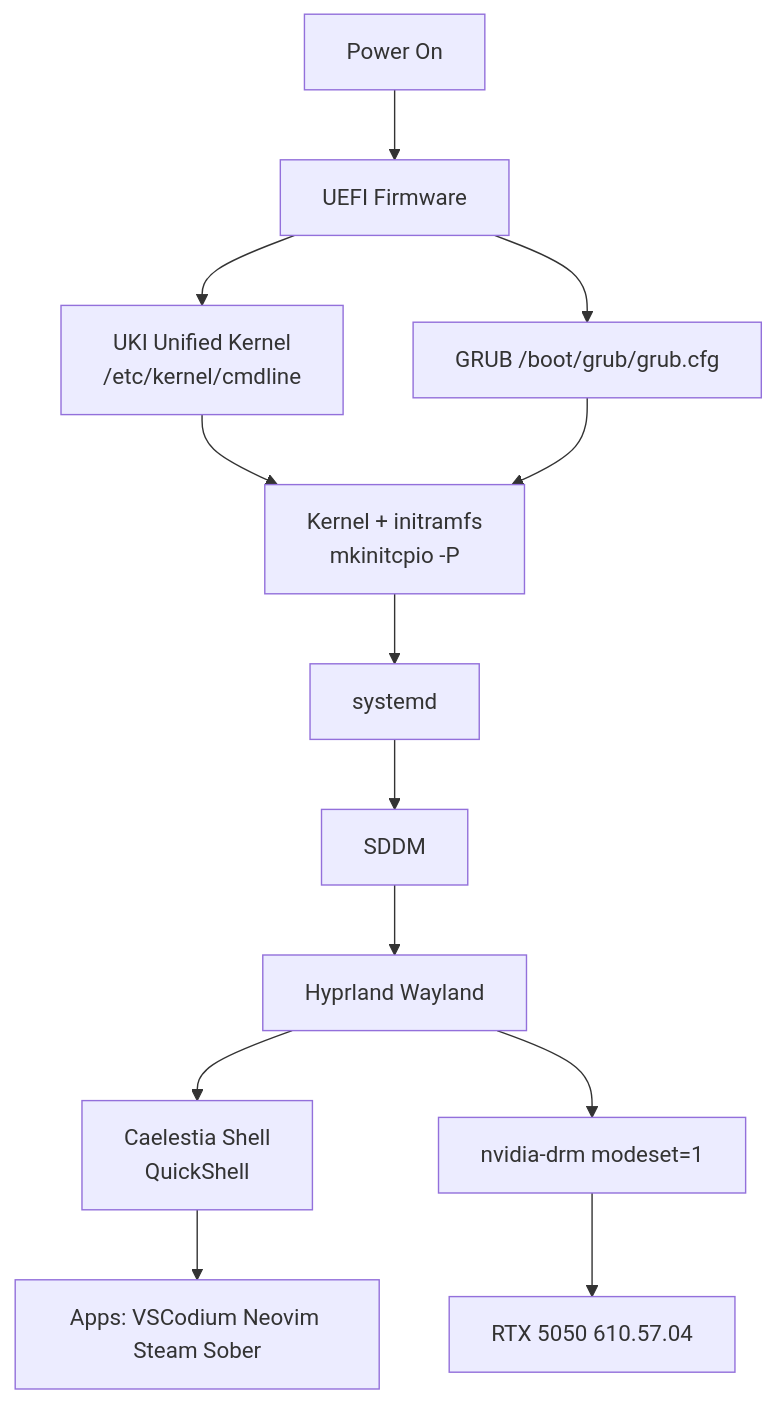
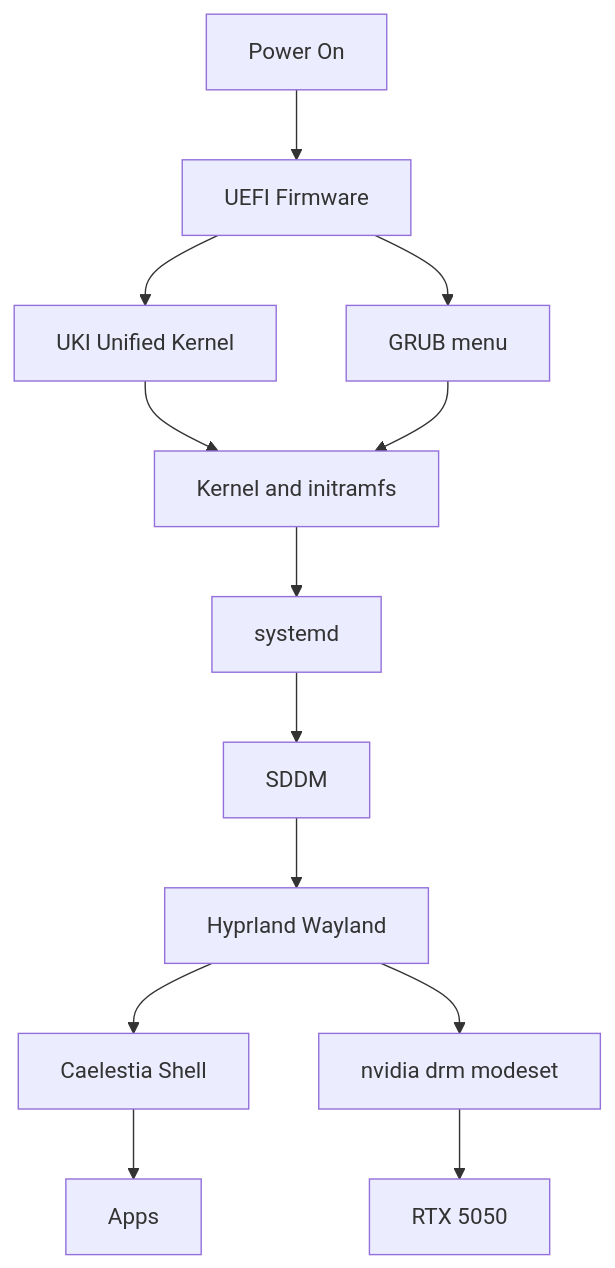
The fourth of 32 diagrams in Graph-Web-Atlas.md (444Nazky/My-Vault), drawn with Mermaid before and after one commit. The commit also changed other lines of this file and 8 other files, not shown here.

````diff
--- a/Graph-Web-Atlas.md
+++ b/Graph-Web-Atlas.md
@@ -38,15 +64,15 @@
 ```mermaid
 flowchart TD
-    P[Power On] --> UEFI[UEFI Firmware]
-    UEFI --> UKI[UKI Unified Kernel<br/>/etc/kernel/cmdline]
-    UEFI --> GRUB[GRUB /boot/grub/grub.cfg]
-    UKI --> K[Kernel + initramfs<br/>mkinitcpio -P]
+    P["Power On"] --> UEFI["UEFI Firmware"]
+    UEFI --> UKI["UKI Unified Kernel"]
+    UEFI --> GRUB["GRUB menu"]
+    UKI --> K["Kernel and initramfs"]
     GRUB --> K
-    K --> SYS[systemd]
-    SYS --> SDDM[SDDM]
-    SDDM --> HYP[Hyprland Wayland]
-    HYP --> CAE[Caelestia Shell<br/>QuickShell]
-    HYP --> DRM[nvidia-drm modeset=1]
-    DRM --> GPU[RTX 5050 610.57.04]
-    CAE --> APP[Apps: VSCodium Neovim Steam Sober]
+    K --> SYSD["systemd"]
+    SYSD --> SDDM["SDDM"]
+    SDDM --> HYP["Hyprland Wayland"]
+    HYP --> CAE["Caelestia Shell"]
+    HYP --> DRM["nvidia drm modeset"]
+    DRM --> GPU["RTX 5050"]
+    CAE --> APP["Apps"]
 ```
````
